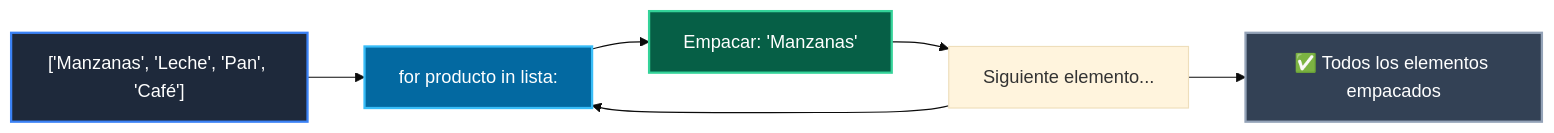
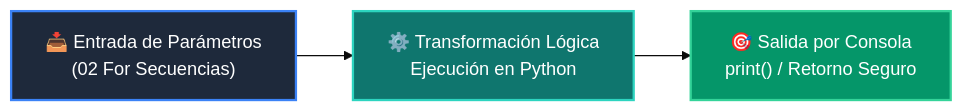
The diagram in 01-fundamentos-python/clase-04-control-flujo-bucles/ejemplos/ejemplo_02_for_secuencias/README.md (wisrovi/wisrovi-python), drawn with Mermaid (base theme) before and after one commit. The commit also changed other lines of this file and 226 other files, not shown here.

Commit message:
docs: elevate all repository READMEs to world-class mastery standard with rich pedagogical architecture, custom Mermaids, and professional styling

````diff
--- a/01-fundamentos-python/clase-04-control-flujo-bucles/ejemplos/ejemplo_02_for_secuencias/README.md
+++ b/01-fundamentos-python/clase-04-control-flujo-bucles/ejemplos/ejemplo_02_for_secuencias/README.md
@@ -12,13 +19,9 @@
 ```mermaid
 flowchart LR
-    LST["['Manzanas', 'Leche', 'Pan', 'Café']"] --> FOR["for producto in lista:"]
-    FOR --> PKG["Empacar: 'Manzanas'"]
-    PKG --> NEXT["Siguiente elemento..."]
-    NEXT --> FOR
-    NEXT --> DONE["✅ Todos los elementos empacados"]
+    A["📥 Entrada de Parámetros<br/>(02 For Secuencias)"] --> B["⚙️ Transformación Lógica<br/>Ejecución en Python"]
+    B --> C["🎯 Salida por Consola<br/>print() / Retorno Seguro"]
 
-    style LST fill:#1e293b,color:#fff,stroke:#3b82f6,stroke-width:2px
-    style FOR fill:#0369a1,color:#fff,stroke:#38bdf8,stroke-width:2px
-    style PKG fill:#065f46,color:#fff,stroke:#34d399,stroke-width:2px
-    style DONE fill:#334155,color:#fff,stroke:#94a3b8,stroke-width:2px
+    style A fill:#1e293b,color:#ffffff,stroke:#3b82f6,stroke-width:2px
+    style B fill:#0f766e,color:#ffffff,stroke:#2dd4bf,stroke-width:2px
+    style C fill:#059669,color:#ffffff,stroke:#34d399,stroke-width:2px
 ```
````
